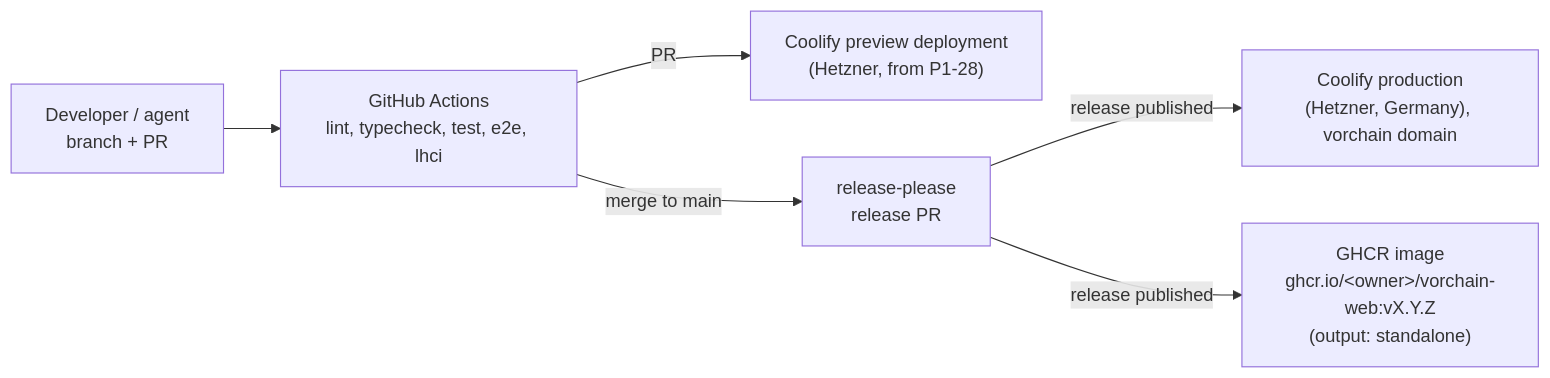
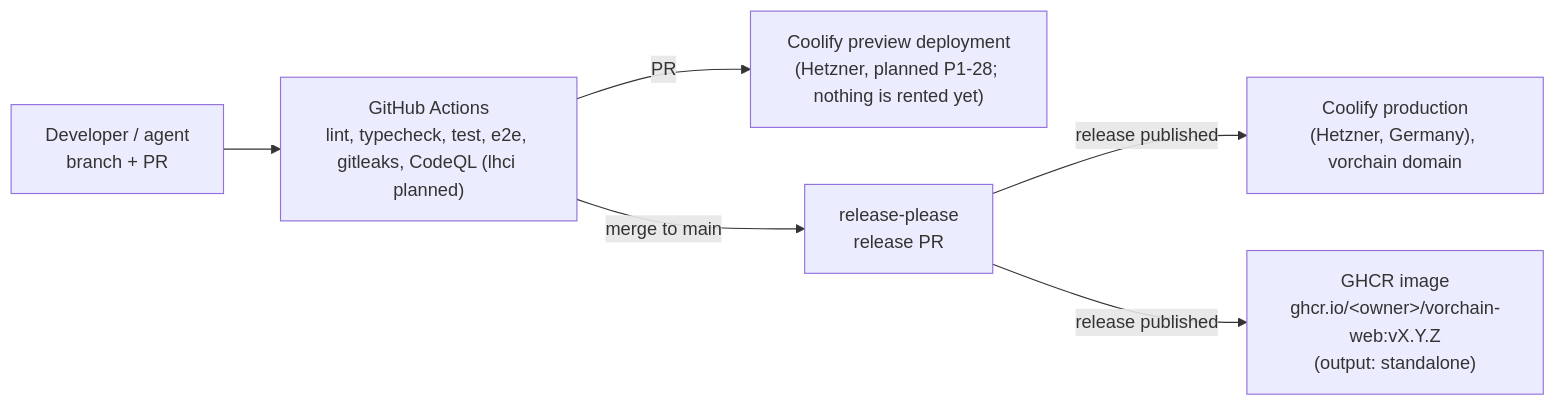
The tenth of 11 diagrams in docs/architecture/README.md (Sodabeh-Taherpanah/vorchain_project), drawn with Mermaid before and after one commit. The commit also changed other lines of this file and 74 other files, not shown here.

````diff
--- a/docs/architecture/README.md
+++ b/docs/architecture/README.md
@@ -388,8 +391,8 @@
 ```mermaid
 flowchart LR
-  dev["Developer / agent<br/>branch + PR"] --> gha["GitHub Actions<br/>lint, typecheck, test, e2e, lhci"]
-  gha -- "PR" --> preview["Coolify preview deployment<br/>(Hetzner, from P1-28)"]
+  dev["Developer / agent<br/>branch + PR"] --> gha["GitHub Actions<br/>lint, typecheck, test, e2e, gitleaks, CodeQL (lhci planned)"]
+  gha -- "PR" --> preview["Coolify preview deployment<br/>(Hetzner, planned P1-28; nothing is rented yet)"]
   gha -- "merge to main" --> rp["release-please<br/>release PR"]
   rp -- "release published" --> prod["Coolify production<br/>(Hetzner, Germany), vorchain domain"]
   rp -- "release published" --> ghcr["GHCR image<br/>ghcr.io/&lt;owner&gt;/vorchain-web:vX.Y.Z<br/>(output: standalone)"]
 ```
````
